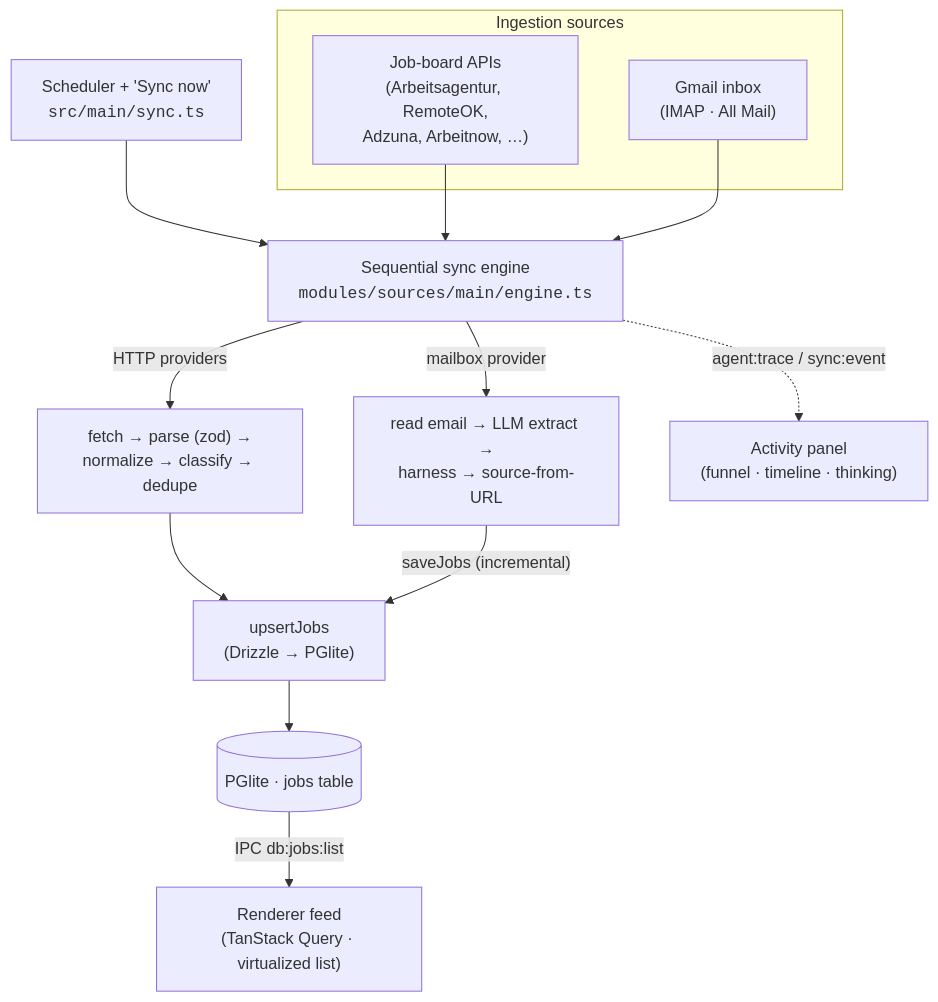
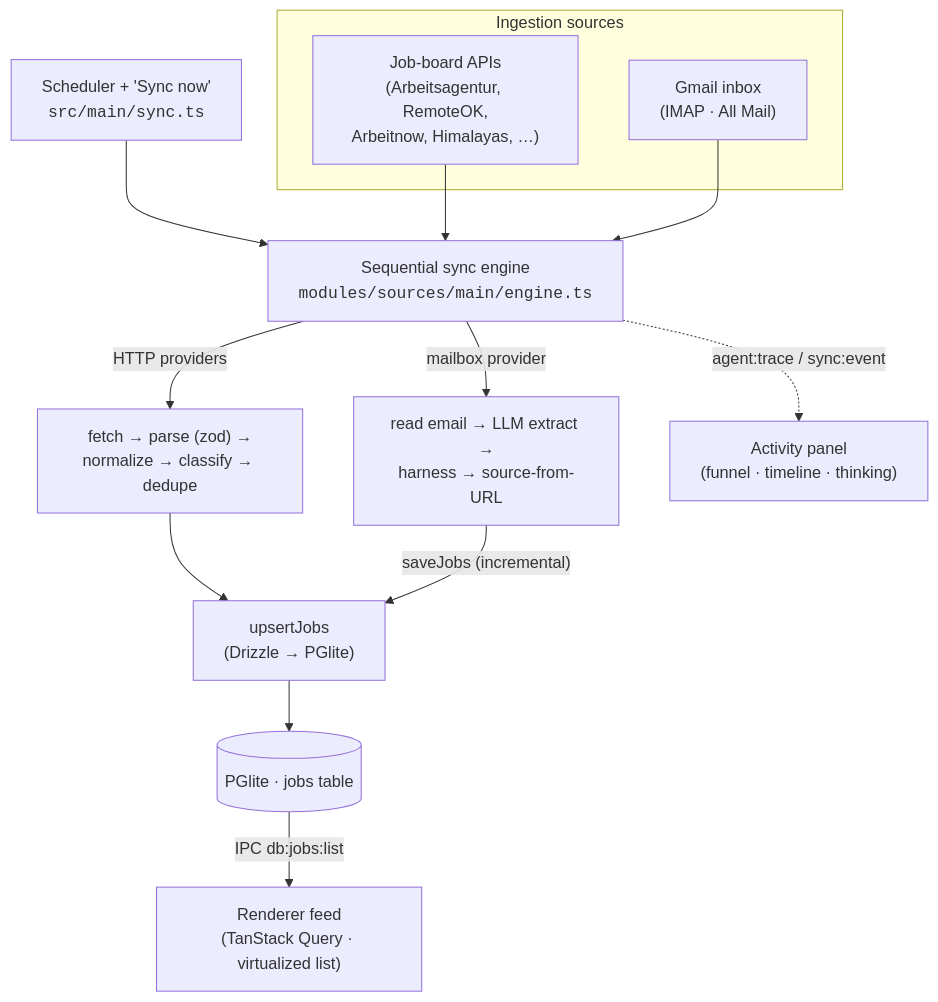
Before and after one commit to SouhaibBenFarhat/easy-apply: the first of 3 diagrams in docs/AI-ARCHITECTURE.md, drawn with Mermaid. The commit also changed other lines of this file and 71 other files, not shown here.

````diff
--- a/docs/AI-ARCHITECTURE.md
+++ b/docs/AI-ARCHITECTURE.md
@@ -24,23 +24,23 @@
 ```mermaid
 flowchart TD
   subgraph src["Ingestion sources"]
-    APIs["Job-board APIs<br/>(Arbeitsagentur, RemoteOK,<br/>Adzuna, Arbeitnow, …)"]
+    APIs["Job-board APIs<br/>(Arbeitsagentur, RemoteOK,<br/>Arbeitnow, Himalayas, …)"]
     Inbox["Gmail inbox<br/>(IMAP · All Mail)"]
   end
 
   Sched["Scheduler + 'Sync now'<br/><code>src/main/sync.ts</code>"] --> Engine
   Engine["Sequential sync engine<br/><code>modules/sources/main/engine.ts</code>"]
 
   APIs --> Engine
   Inbox --> Engine
 
   Engine -->|"HTTP providers"| ApiPath["fetch → parse (zod) →<br/>normalize → classify → dedupe"]
   Engine -->|"mailbox provider"| AgentPath["read email → LLM extract →<br/>harness → source-from-URL"]
 
   ApiPath --> Upsert["upsertJobs<br/>(Drizzle → PGlite)"]
   AgentPath -->|"saveJobs (incremental)"| Upsert
 
   Upsert --> DB[("PGlite · jobs table")]
   DB -->|"IPC db:jobs:list"| Feed["Renderer feed<br/>(TanStack Query · virtualized list)"]
   Engine -.->|"agent:trace / sync:event"| Monitor["Activity panel<br/>(funnel · timeline · thinking)"]
 ```
````
